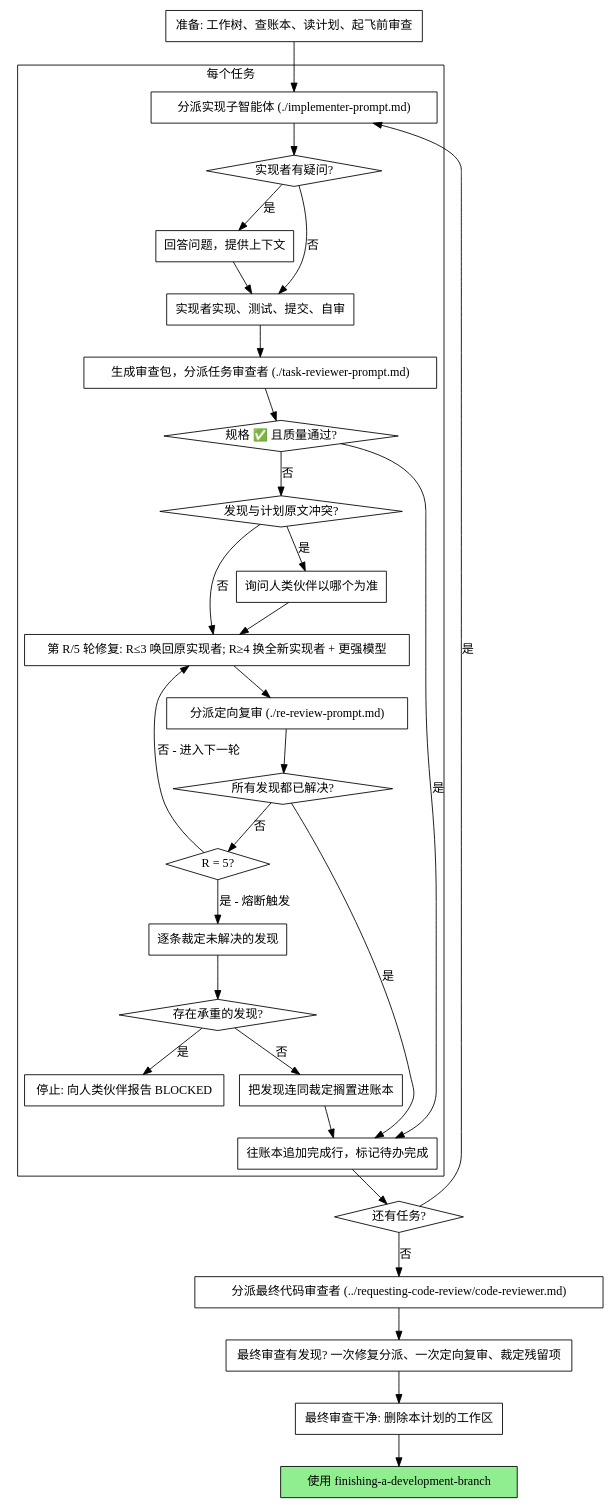
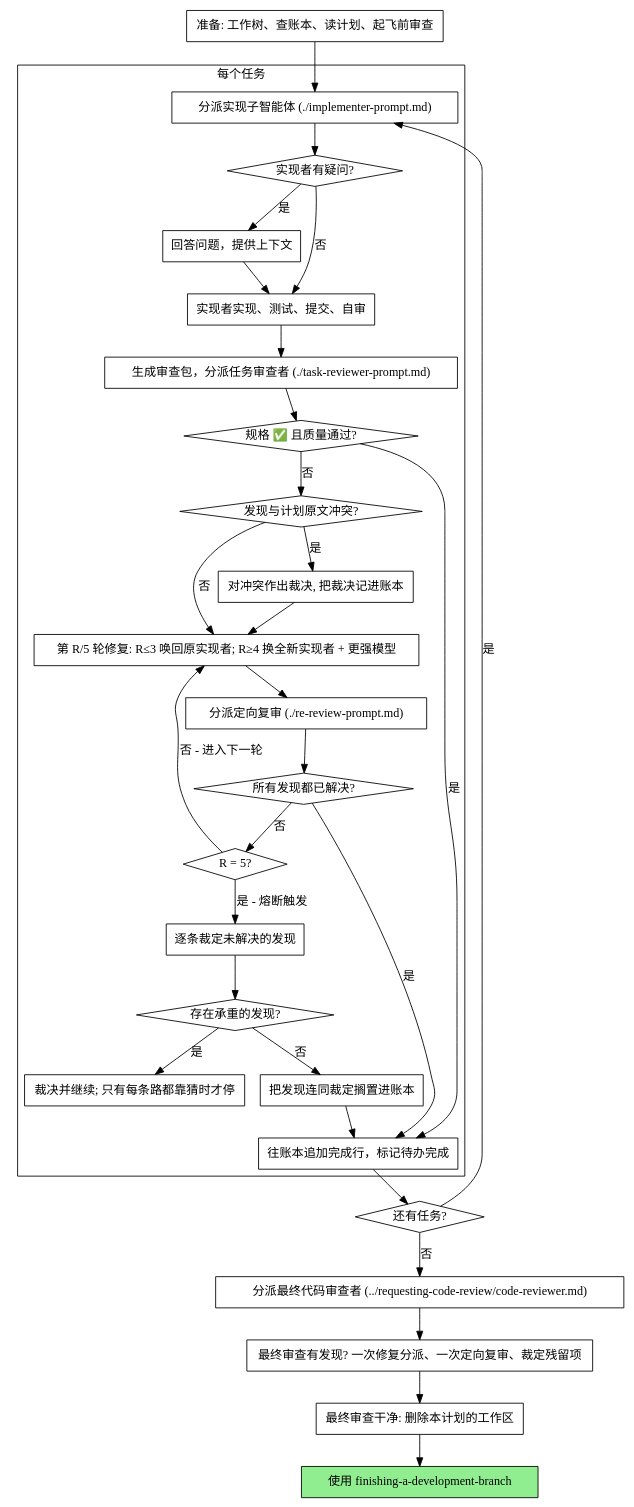
The second of 2 diagrams in mirrors/repos/jnMetaCode@superpowers-zh/skills/subagent-driven-development/SKILL.md (gabrielmoreira/agent-skills-mirror), drawn with Graphviz before and after one commit. The commit also changed other lines of this file and 2398 other files, not shown here.

````diff
--- a/mirrors/repos/jnMetaCode@superpowers-zh/skills/subagent-driven-development/SKILL.md
+++ b/mirrors/repos/jnMetaCode@superpowers-zh/skills/subagent-driven-development/SKILL.md
@@ -51,62 +55,62 @@
 ```dot
 digraph process {
     rankdir=TB;
 
     subgraph cluster_per_task {
         label="每个任务";
         "分派实现子智能体 (./implementer-prompt.md)" [shape=box];
         "实现者有疑问?" [shape=diamond];
         "回答问题，提供上下文" [shape=box];
         "实现者实现、测试、提交、自审" [shape=box];
         "生成审查包，分派任务审查者 (./task-reviewer-prompt.md)" [shape=box];
         "规格 ✅ 且质量通过?" [shape=diamond];
         "发现与计划原文冲突?" [shape=diamond];
-        "询问人类伙伴以哪个为准" [shape=box];
+        "对冲突作出裁决, 把裁决记进账本" [shape=box];
         "第 R/5 轮修复: R≤3 唤回原实现者; R≥4 换全新实现者 + 更强模型" [shape=box];
         "分派定向复审 (./re-review-prompt.md)" [shape=box];
         "所有发现都已解决?" [shape=diamond];
         "R = 5?" [shape=diamond];
         "逐条裁定未解决的发现" [shape=box];
         "存在承重的发现?" [shape=diamond];
-        "停止: 向人类伙伴报告 BLOCKED" [shape=box];
+        "裁决并继续; 只有每条路都靠猜时才停" [shape=box];
         "把发现连同裁定搁置进账本" [shape=box];
         "往账本追加完成行，标记待办完成" [shape=box];
     }
 
     "准备: 工作树、查账本、读计划、起飞前审查" [shape=box];
     "还有任务?" [shape=diamond];
     "分派最终代码审查者 (../requesting-code-review/code-reviewer.md)" [shape=box];
     "最终审查有发现? 一次修复分派、一次定向复审、裁定残留项" [shape=box];
     "最终审查干净: 删除本计划的工作区" [shape=box];
     "使用 finishing-a-development-branch" [shape=box style=filled fillcolor=lightgreen];
 
     "准备: 工作树、查账本、读计划、起飞前审查" -> "分派实现子智能体 (./implementer-prompt.md)";
     "分派实现子智能体 (./implementer-prompt.md)" -> "实现者有疑问?";
     "实现者有疑问?" -> "回答问题，提供上下文" [label="是"];
     "回答问题，提供上下文" -> "实现者实现、测试、提交、自审";
     "实现者有疑问?" -> "实现者实现、测试、提交、自审" [label="否"];
     "实现者实现、测试、提交、自审" -> "生成审查包，分派任务审查者 (./task-reviewer-prompt.md)";
     "生成审查包，分派任务审查者 (./task-reviewer-prompt.md)" -> "规格 ✅ 且质量通过?";
     "规格 ✅ 且质量通过?" -> "往账本追加完成行，标记待办完成" [label="是"];
     "规格 ✅ 且质量通过?" -> "发现与计划原文冲突?" [label="否"];
-    "发现与计划原文冲突?" -> "询问人类伙伴以哪个为准" [label="是"];
-    "询问人类伙伴以哪个为准" -> "第 R/5 轮修复: R≤3 唤回原实现者; R≥4 换全新实现者 + 更强模型";
+    "发现与计划原文冲突?" -> "对冲突作出裁决, 把裁决记进账本" [label="是"];
+    "对冲突作出裁决, 把裁决记进账本" -> "第 R/5 轮修复: R≤3 唤回原实现者; R≥4 换全新实现者 + 更强模型";
     "发现与计划原文冲突?" -> "第 R/5 轮修复: R≤3 唤回原实现者; R≥4 换全新实现者 + 更强模型" [label="否"];
     "第 R/5 轮修复: R≤3 唤回原实现者; R≥4 换全新实现者 + 更强模型" -> "分派定向复审 (./re-review-prompt.md)";
     "分派定向复审 (./re-review-prompt.md)" -> "所有发现都已解决?";
     "所有发现都已解决?" -> "往账本追加完成行，标记待办完成" [label="是"];
     "所有发现都已解决?" -> "R = 5?" [label="否"];
     "R = 5?" -> "第 R/5 轮修复: R≤3 唤回原实现者; R≥4 换全新实现者 + 更强模型" [label="否 - 进入下一轮"];
     "R = 5?" -> "逐条裁定未解决的发现" [label="是 - 熔断触发"];
     "逐条裁定未解决的发现" -> "存在承重的发现?";
-    "存在承重的发现?" -> "停止: 向人类伙伴报告 BLOCKED" [label="是"];
+    "存在承重的发现?" -> "裁决并继续; 只有每条路都靠猜时才停" [label="是"];
     "存在承重的发现?" -> "把发现连同裁定搁置进账本" [label="否"];
     "把发现连同裁定搁置进账本" -> "往账本追加完成行，标记待办完成";
     "往账本追加完成行，标记待办完成" -> "还有任务?";
     "还有任务?" -> "分派实现子智能体 (./implementer-prompt.md)" [label="是"];
     "还有任务?" -> "分派最终代码审查者 (../requesting-code-review/code-reviewer.md)" [label="否"];
     "分派最终代码审查者 (../requesting-code-review/code-reviewer.md)" -> "最终审查有发现? 一次修复分派、一次定向复审、裁定残留项";
     "最终审查有发现? 一次修复分派、一次定向复审、裁定残留项" -> "最终审查干净: 删除本计划的工作区";
     "最终审查干净: 删除本计划的工作区" -> "使用 finishing-a-development-branch";
 }
 ```
````
